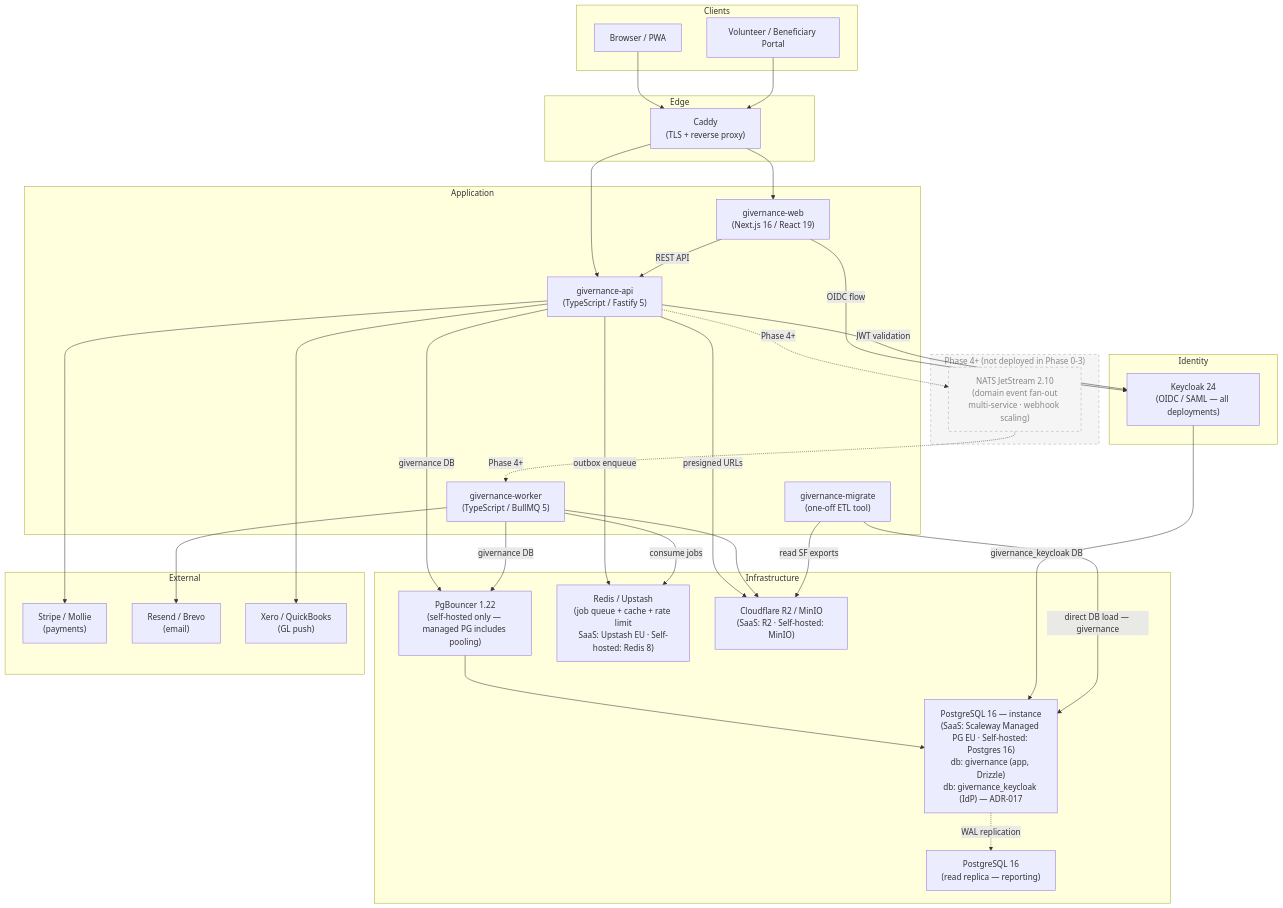
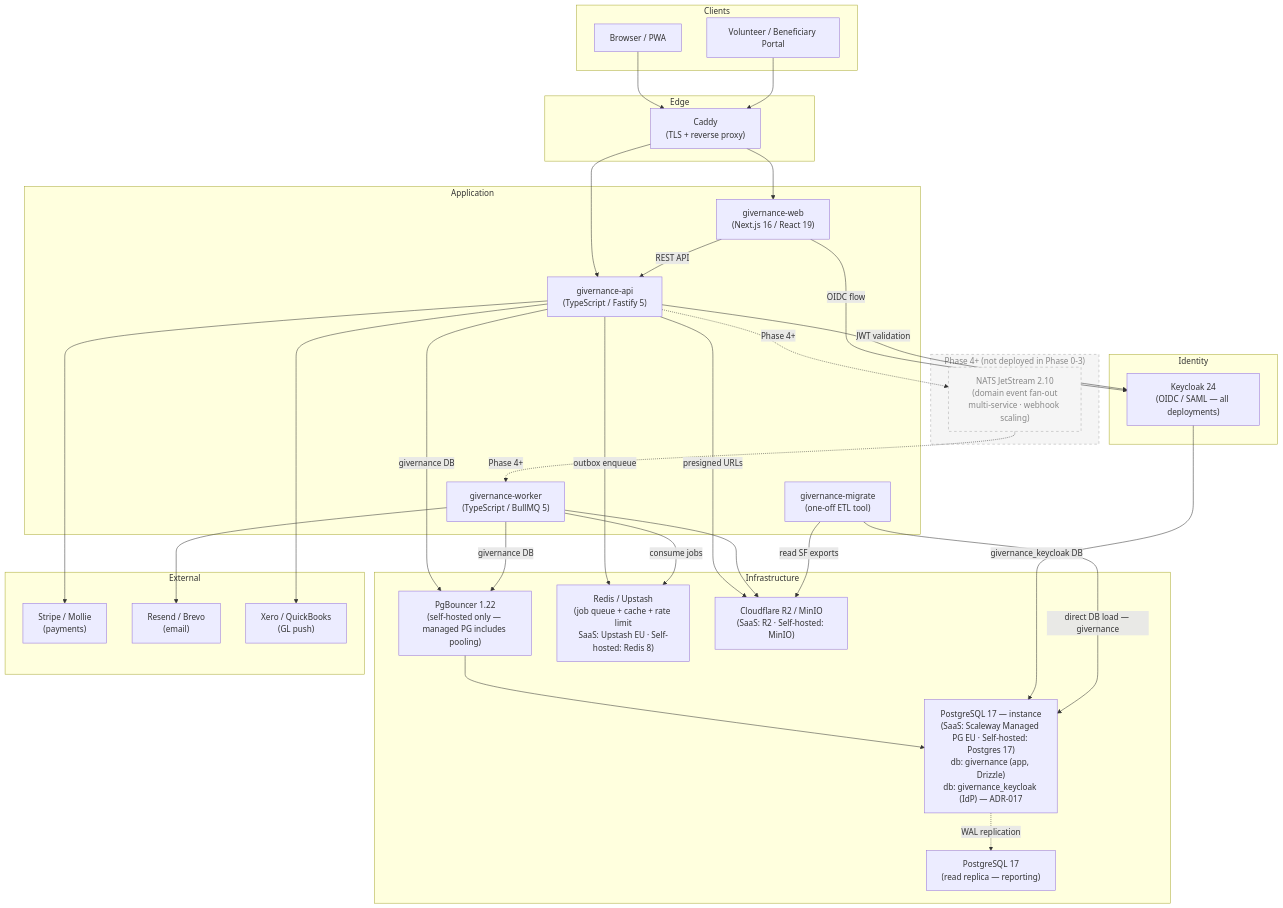
One commit to purposestack/givernance changed the diagram in diagrams/container.mmd. Above: the diagram before and after it, drawn with Mermaid. The commit also changed 2 other files, not shown here.

```diff
--- a/diagrams/container.mmd
+++ b/diagrams/container.mmd
@@ -1,72 +1,72 @@
 flowchart TB
   subgraph Clients
     Browser["Browser / PWA"]
     VolPortal["Volunteer / Beneficiary Portal"]
   end
 
   subgraph Edge
     Caddy["Caddy\n(TLS + reverse proxy)"]
   end
 
   subgraph Application
     Web["givernance-web\n(Next.js 16 / React 19)"]
     API["givernance-api\n(TypeScript / Fastify 5)"]
     Worker["givernance-worker\n(TypeScript / BullMQ 5)"]
     Migrate["givernance-migrate\n(one-off ETL tool)"]
   end
 
   subgraph Infrastructure
-    PG["PostgreSQL 16 — instance\n(SaaS: Scaleway Managed PG EU · Self-hosted: Postgres 16)\ndb: givernance (app, Drizzle)\ndb: givernance_keycloak (IdP) — ADR-017"]
+    PG["PostgreSQL 17 — instance\n(SaaS: Scaleway Managed PG EU · Self-hosted: Postgres 17)\ndb: givernance (app, Drizzle)\ndb: givernance_keycloak (IdP) — ADR-017"]
     PgBouncer["PgBouncer 1.22\n(self-hosted only — managed PG includes pooling)"]
-    PGReplica["PostgreSQL 16\n(read replica — reporting)"]
+    PGReplica["PostgreSQL 17\n(read replica — reporting)"]
     Redis["Redis / Upstash\n(job queue + cache + rate limit\nSaaS: Upstash EU · Self-hosted: Redis 8)"]
     Storage["Cloudflare R2 / MinIO\n(SaaS: R2 · Self-hosted: MinIO)"]
   end
 
   subgraph Identity
     Keycloak["Keycloak 24\n(OIDC / SAML — all deployments)"]
   end
 
   subgraph Phase4["Phase 4+ (not deployed in Phase 0-3)"]
     NATS["NATS JetStream 2.10\n(domain event fan-out\nmulti-service · webhook scaling)"]
   end
 
   subgraph External
     Stripe["Stripe / Mollie\n(payments)"]
     Email["Resend / Brevo\n(email)"]
     Accounting["Xero / QuickBooks\n(GL push)"]
   end
 
   Browser --> Caddy
   VolPortal --> Caddy
   Caddy --> Web
   Caddy --> API
 
   Web -->|REST API| API
   Web -->|OIDC flow| Keycloak
 
   API -->|givernance DB| PgBouncer
   PgBouncer --> PG
   PG -.->|WAL replication| PGReplica
   API -->|outbox enqueue| Redis
   API -->|presigned URLs| Storage
   API -->|JWT validation| Keycloak
   API --> Stripe
   API --> Accounting
 
   Keycloak -->|givernance_keycloak DB| PG
 
   Worker -->|consume jobs| Redis
   Worker -->|givernance DB| PgBouncer
   Worker --> Storage
   Worker --> Email
 
   Migrate -->|direct DB load — givernance| PG
   Migrate -->|read SF exports| Storage
 
   API -.->|Phase 4+| NATS
   NATS -.->|Phase 4+| Worker
 
   classDef phased fill:#f5f5f5,stroke:#aaa,stroke-dasharray:5 5,color:#888
   class NATS phased
   class Phase4 phased
```
